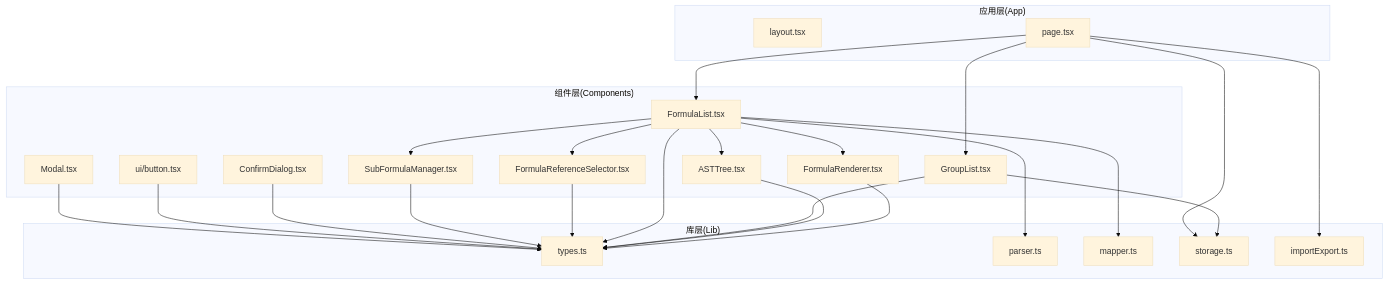
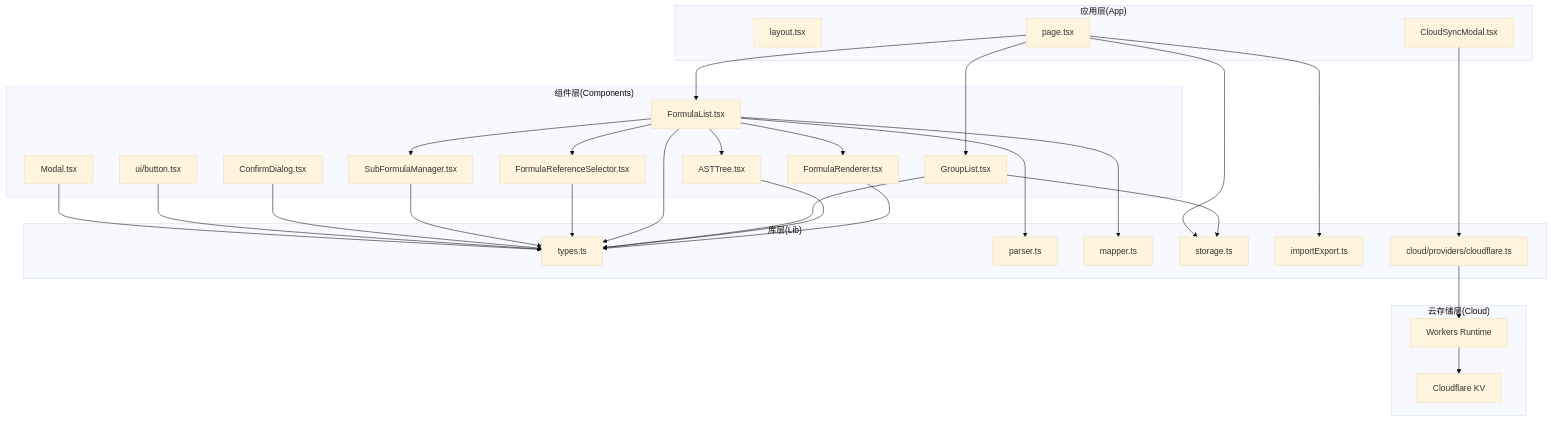
The first of 17 diagrams in .qoder/repowiki/zh/content/开发者指南/开发者指南.md (steveyu2/formula-mapper), drawn with Mermaid (base theme) before and after one commit. The commit also changed other lines of this file and 7 other files, not shown here.

````diff
--- a/.qoder/repowiki/zh/content/开发者指南/开发者指南.md
+++ b/.qoder/repowiki/zh/content/开发者指南/开发者指南.md
@@ -59,45 +75,54 @@
 ```mermaid
 graph TB
 subgraph "应用层(App)"
 L["layout.tsx"]
 P["page.tsx"]
+CSM["CloudSyncModal.tsx"]
 end
 subgraph "组件层(Components)"
 GL["GroupList.tsx"]
 FL["FormulaList.tsx"]
 FR["FormulaRenderer.tsx"]
 AT["ASTTree.tsx"]
 FRS["FormulaReferenceSelector.tsx"]
 SFM["SubFormulaManager.tsx"]
 CD["ConfirmDialog.tsx"]
 BTN["ui/button.tsx"]
 MOD["Modal.tsx"]
 end
 subgraph "库层(Lib)"
 T["types.ts"]
 PR["parser.ts"]
 MR["mapper.ts"]
 ST["storage.ts"]
 IE["importExport.ts"]
+CF["cloud/providers/cloudflare.ts"]
+end
+subgraph "云存储层(Cloud)"
+WR["Workers Runtime"]
+KV["Cloudflare KV"]
 end
 P --> GL
 P --> FL
 FL --> FR
 FL --> AT
 FL --> FRS
 FL --> SFM
 GL --> ST
 FL --> PR
 FL --> MR
 P --> ST
 P --> IE
 FR --> T
 AT --> T
 GL --> T
 FL --> T
 FRS --> T
 SFM --> T
 CD --> T
 BTN --> T
 MOD --> T
+CSM --> CF
+CF --> WR
+WR --> KV
 ```
````
